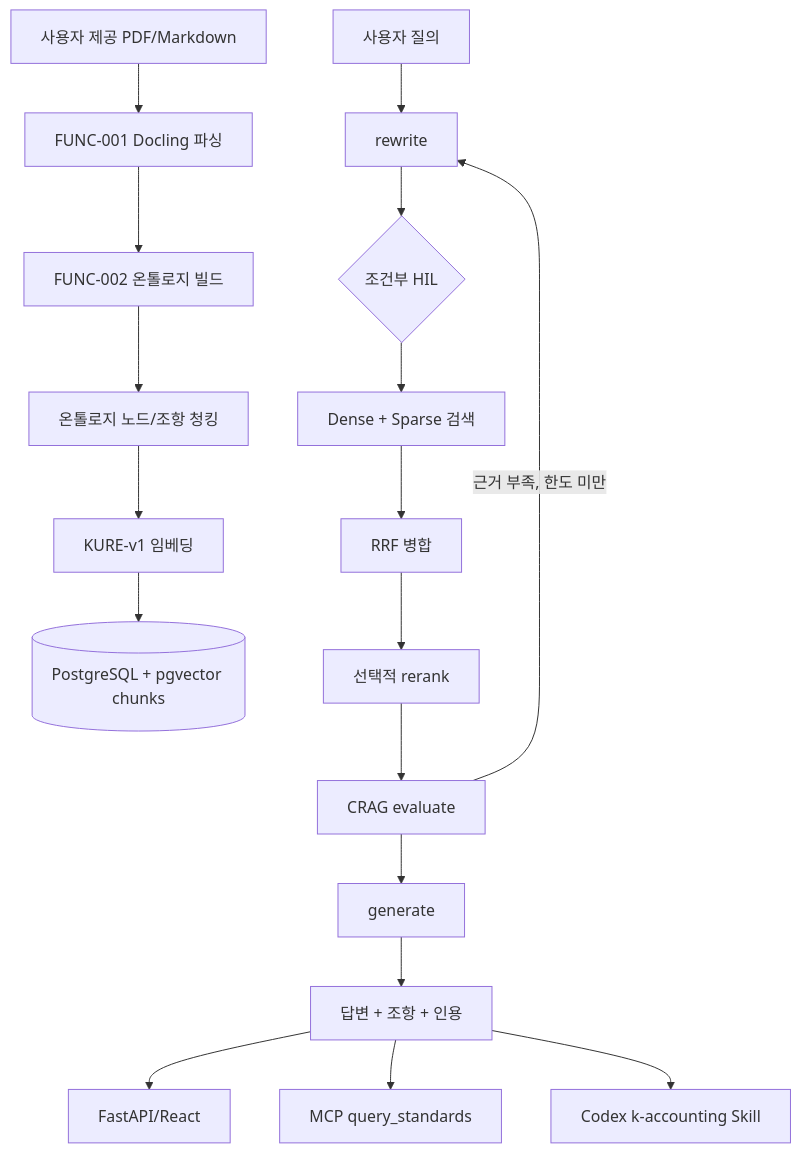
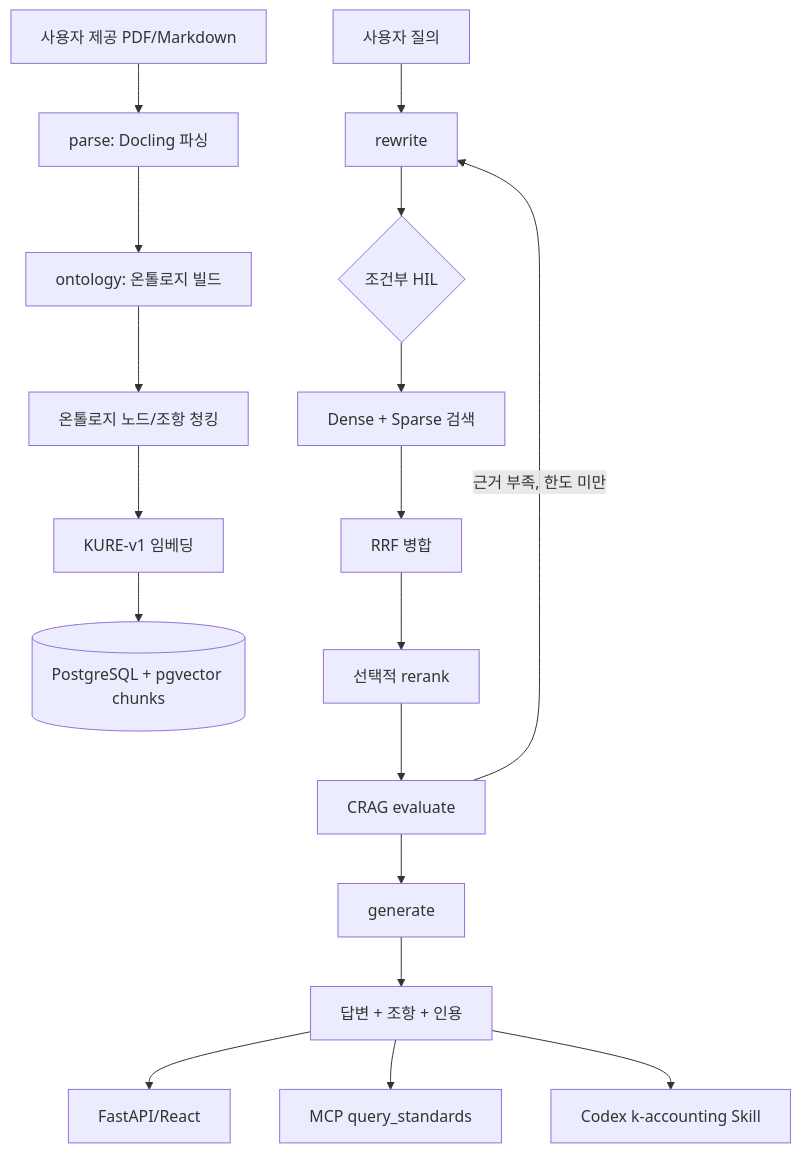
The diagram in docs/ARCHITECTURE.md (dongtan-91-dong-welfare-center/rag_for_accounting), drawn with Mermaid before and after one commit. The commit also changed 29 other files, not shown here.

````diff
--- a/docs/ARCHITECTURE.md
+++ b/docs/ARCHITECTURE.md
@@ -18,22 +18,22 @@
 ```mermaid
 flowchart TD
-    PDF[사용자 제공 PDF/Markdown] --> PARSE[FUNC-001 Docling 파싱]
-    PARSE --> ONTO[FUNC-002 온톨로지 빌드]
+    PDF[사용자 제공 PDF/Markdown] --> PARSE[parse: Docling 파싱]
+    PARSE --> ONTO[ontology: 온톨로지 빌드]
     ONTO --> CHUNK[온톨로지 노드/조항 청킹]
     CHUNK --> EMBED[KURE-v1 임베딩]
     EMBED --> DB[(PostgreSQL + pgvector chunks)]
 
     Q[사용자 질의] --> RW[rewrite]
     RW --> HIL{조건부 HIL}
     HIL --> SEARCH[Dense + Sparse 검색]
     SEARCH --> RRF[RRF 병합]
     RRF --> RR[선택적 rerank]
     RR --> EVAL[CRAG evaluate]
     EVAL -->|근거 부족, 한도 미만| RW
     EVAL --> GEN[generate]
     GEN --> OUT[답변 + 조항 + 인용]
 
     OUT --> API[FastAPI/React]
     OUT --> MCP[MCP query_standards]
     OUT --> CODEX[Codex k-accounting Skill]
 ```
````
